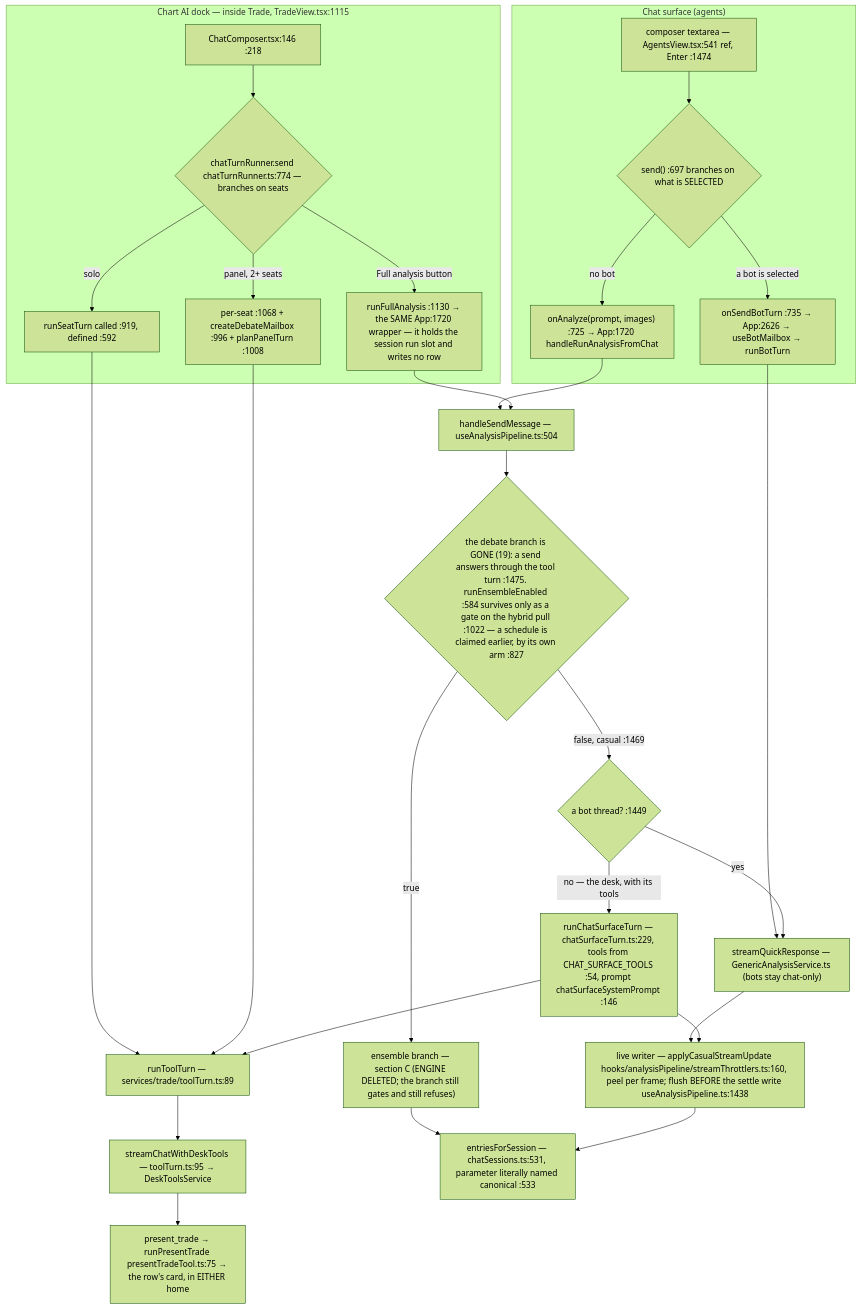
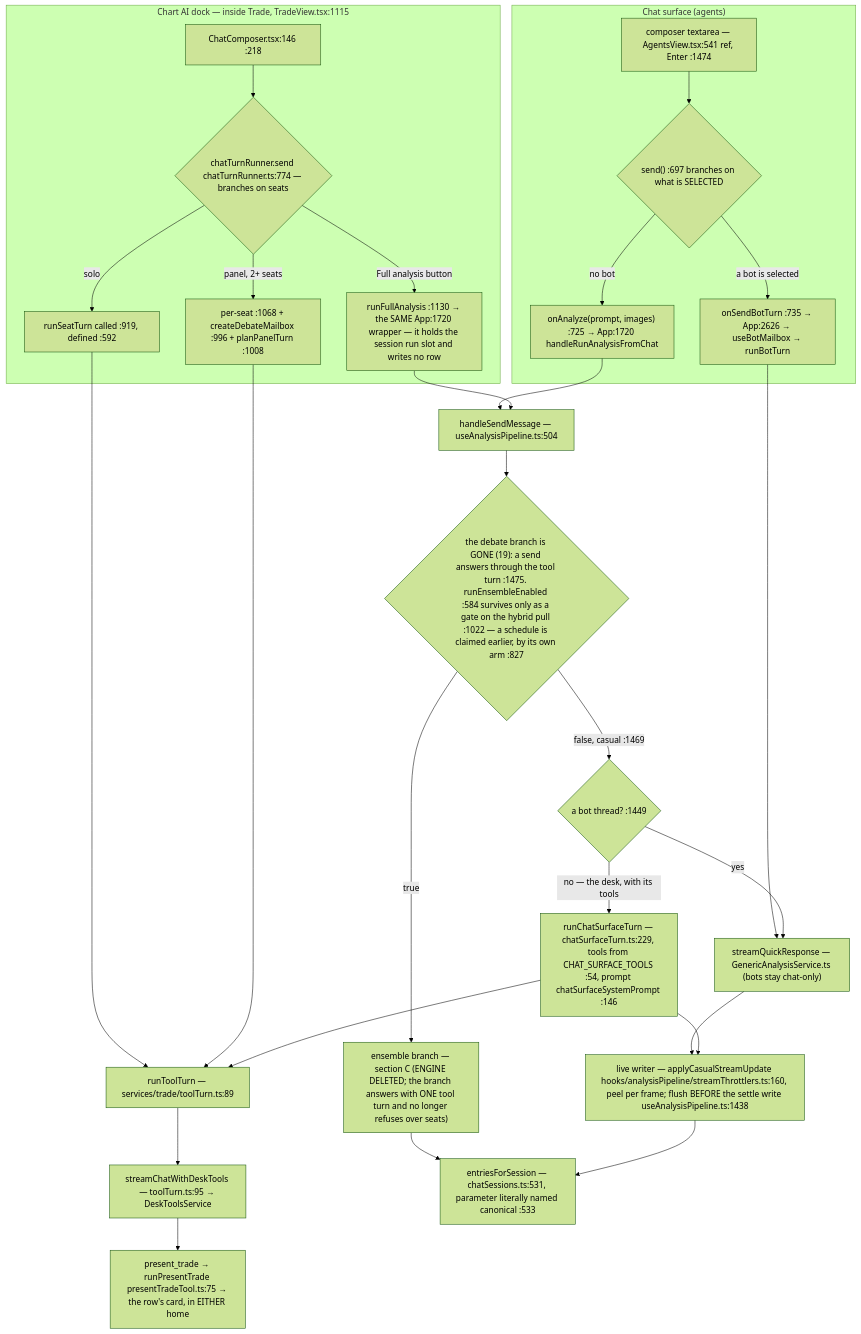
The second of 7 diagrams in docs/app-flow.md (Acepay25/august-3.5), drawn with Mermaid (forest theme) before and after one commit. The commit also changed 1 other file, not shown here.

Commit message:
docs(app-flow): the ensemble branch no longer gates or refuses — the arrow said it did

````diff
--- a/docs/app-flow.md
+++ b/docs/app-flow.md
@@ -50,31 +50,31 @@
 ```mermaid
 flowchart TD
     subgraph CHAT["Chat surface (agents)"]
         CB["composer textarea — AgentsView.tsx:541 ref, Enter :1474"] --> D1{"send() :697 branches on what is SELECTED"}
         D1 -->|a bot is selected| BOT["onSendBotTurn :735 → App:2626 → useBotMailbox → runBotTurn"]
         D1 -->|no bot| AN["onAnalyze(prompt, images) :725 → App:1720 handleRunAnalysisFromChat"]
     end
     subgraph DOCK["Chart AI dock — inside Trade, TradeView.tsx:1115"]
         DC["ChatComposer.tsx:146 :218"] --> D2{"chatTurnRunner.send chatTurnRunner.ts:774 — branches on seats"}
         D2 -->|solo| SO["runSeatTurn called :919, defined :592"]
         D2 -->|panel, 2+ seats| PN["per-seat :1068 + createDebateMailbox :996 + planPanelTurn :1008"]
         D2 -->|Full analysis button| FA["runFullAnalysis :1130 → the SAME App:1720 wrapper — it holds the session run slot and writes no row"]
     end
     SO --> TT["runToolTurn — services/trade/toolTurn.ts:89"]
     PN --> TT
     TT --> SCDT["streamChatWithDeskTools — toolTurn.ts:95 → DeskToolsService"]
     BOT --> TR["streamQuickResponse — GenericAnalysisService.ts (bots stay chat-only)"]
     AN --> HSM["handleSendMessage — useAnalysisPipeline.ts:504"]
     FA --> HSM
     HSM --> D3{"the debate branch is GONE (19): a send answers through the tool turn :1475. runEnsembleEnabled :584 survives only as a gate on the hybrid pull :1022 — a schedule is claimed earlier, by its own arm :827"}
-    D3 -->|true| ENS["ensemble branch — section C (ENGINE DELETED; the branch still gates and still refuses)"]
+    D3 -->|true| ENS["ensemble branch — section C (ENGINE DELETED; the branch answers with ONE tool turn and no longer refuses over seats)"]
     D3 -->|false, casual :1469| SPLIT{"a bot thread? :1449"}
     SPLIT -->|yes| TR
     SPLIT -->|no — the desk, with its tools| CST["runChatSurfaceTurn — chatSurfaceTurn.ts:229, tools from CHAT_SURFACE_TOOLS :54, prompt chatSurfaceSystemPrompt :146"]
     CST --> TT
     TR --> LW["live writer — applyCasualStreamUpdate hooks/analysisPipeline/streamThrottlers.ts:160, peel per frame; flush BEFORE the settle write useAnalysisPipeline.ts:1438"]
     CST --> LW
     ENS --> MERGE
     LW --> MERGE["entriesForSession — chatSessions.ts:531, parameter literally named canonical :533"]
     SCDT --> PT["present_trade → runPresentTrade presentTradeTool.ts:75 → the row's card, in EITHER home"]
 ```
````
